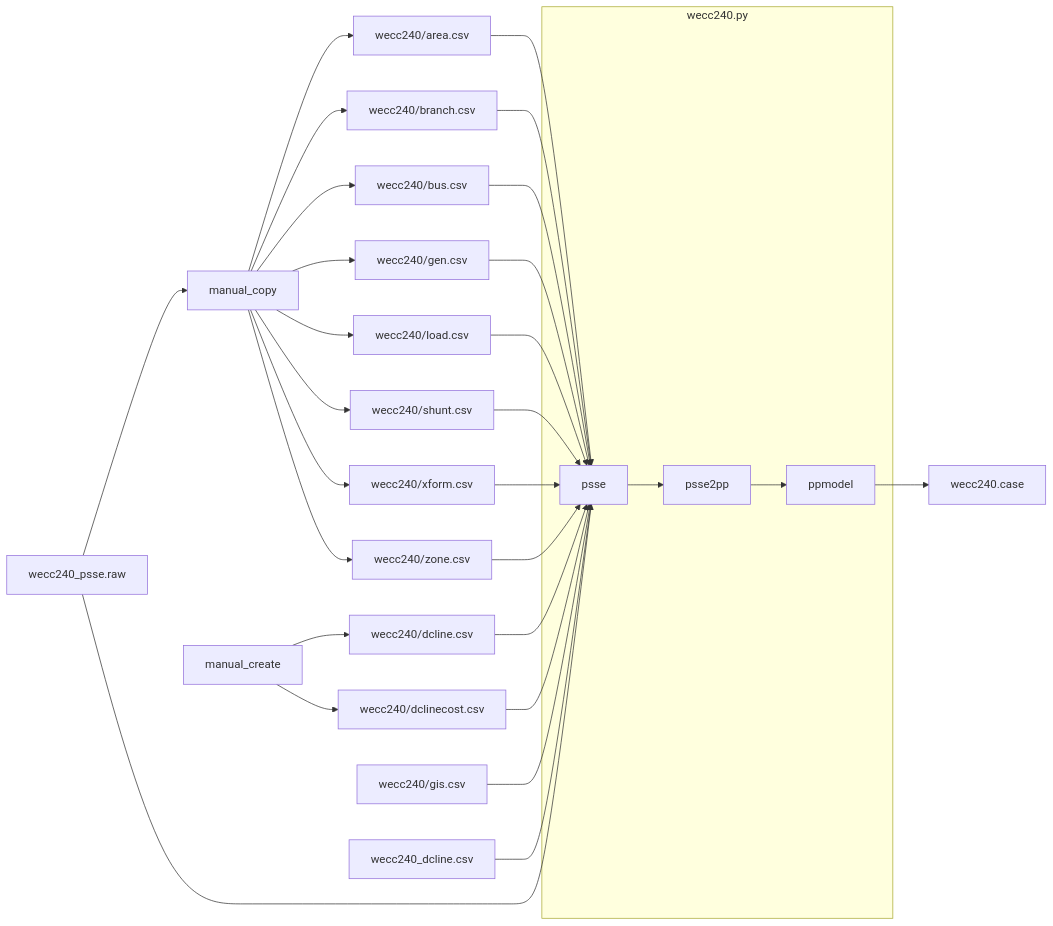
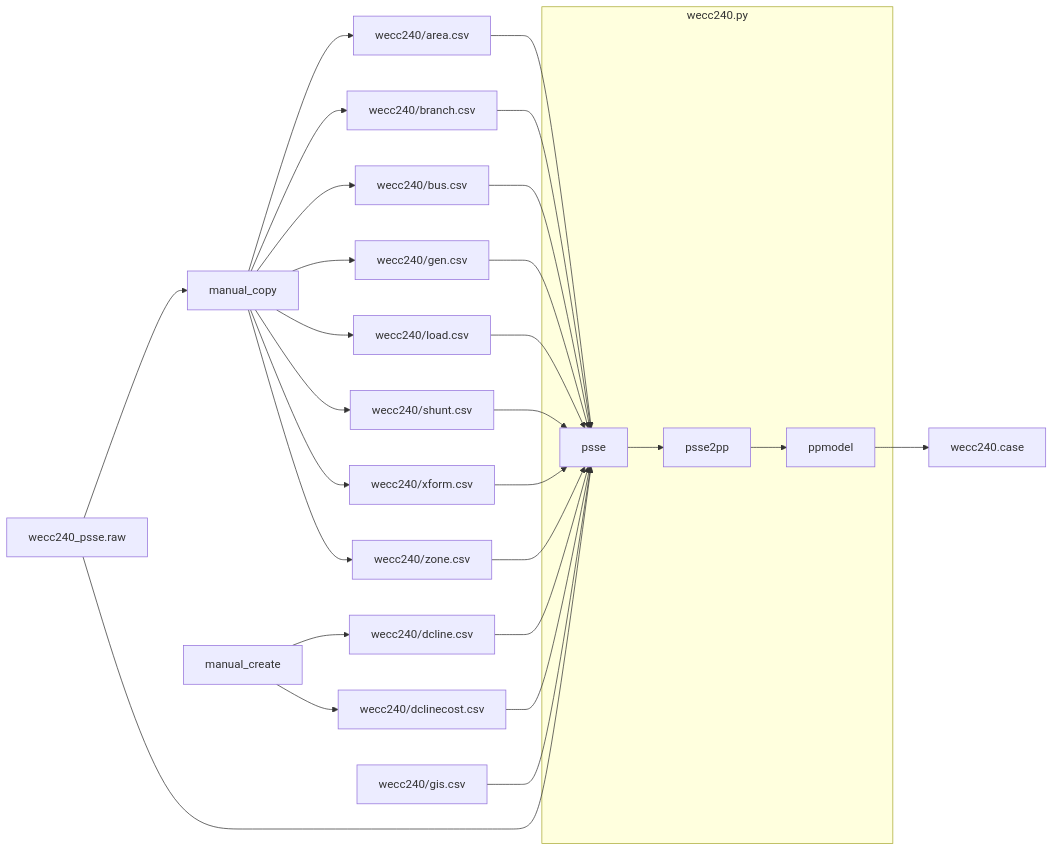
One commit to slacgismo/regrow changed the second of 5 diagrams in pypower/README.md. Above: the diagram before and after it, drawn with Mermaid.

````diff
--- a/pypower/README.md
+++ b/pypower/README.md
@@ -75,37 +75,36 @@
 ```mermaid
 flowchart LR
     wecc240_psse.raw --> manual_copy
     wecc240_psse.raw --> psse
     
     manual_copy --> wecc240/area.csv
     manual_copy --> wecc240/branch.csv
     manual_copy --> wecc240/bus.csv
     manual_copy --> wecc240/gen.csv
     manual_copy --> wecc240/load.csv
     manual_copy --> wecc240/shunt.csv
     manual_copy --> wecc240/xform.csv
     manual_copy --> wecc240/zone.csv
 
     manual_create --> wecc240/dcline.csv
     manual_create --> wecc240/dclinecost.csv
     
     wecc240/area.csv --> psse
     wecc240/branch.csv --> psse
     wecc240/bus.csv --> psse
     wecc240/dcline.csv --> psse
     wecc240/dclinecost.csv --> psse
     wecc240/gen.csv --> psse
     wecc240/gis.csv --> psse
     wecc240/load.csv --> psse
     wecc240/shunt.csv --> psse
     wecc240/xform.csv --> psse
     wecc240/zone.csv --> psse
     
-    wecc240_dcline.csv --> psse
     subgraph wecc240.py
         psse --> psse2pp
         psse2pp --> ppmodel
     end
 
     ppmodel --> wecc240.case
 ```
````
